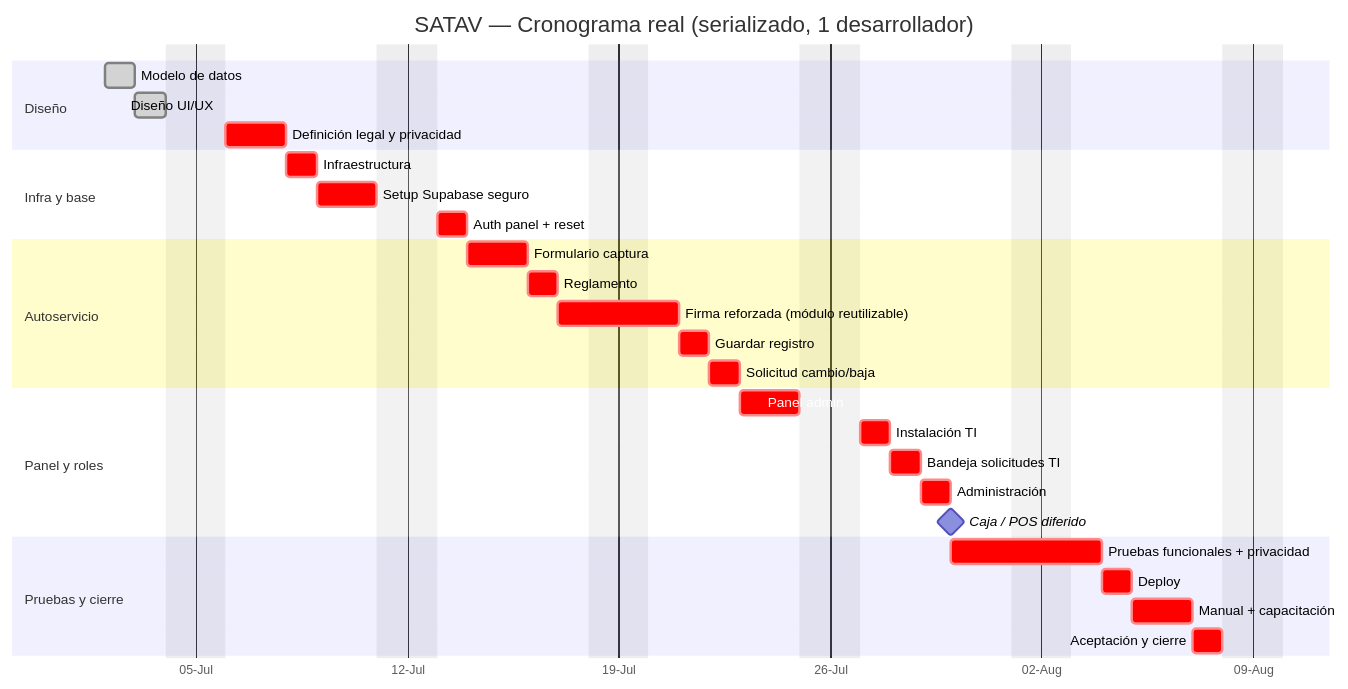
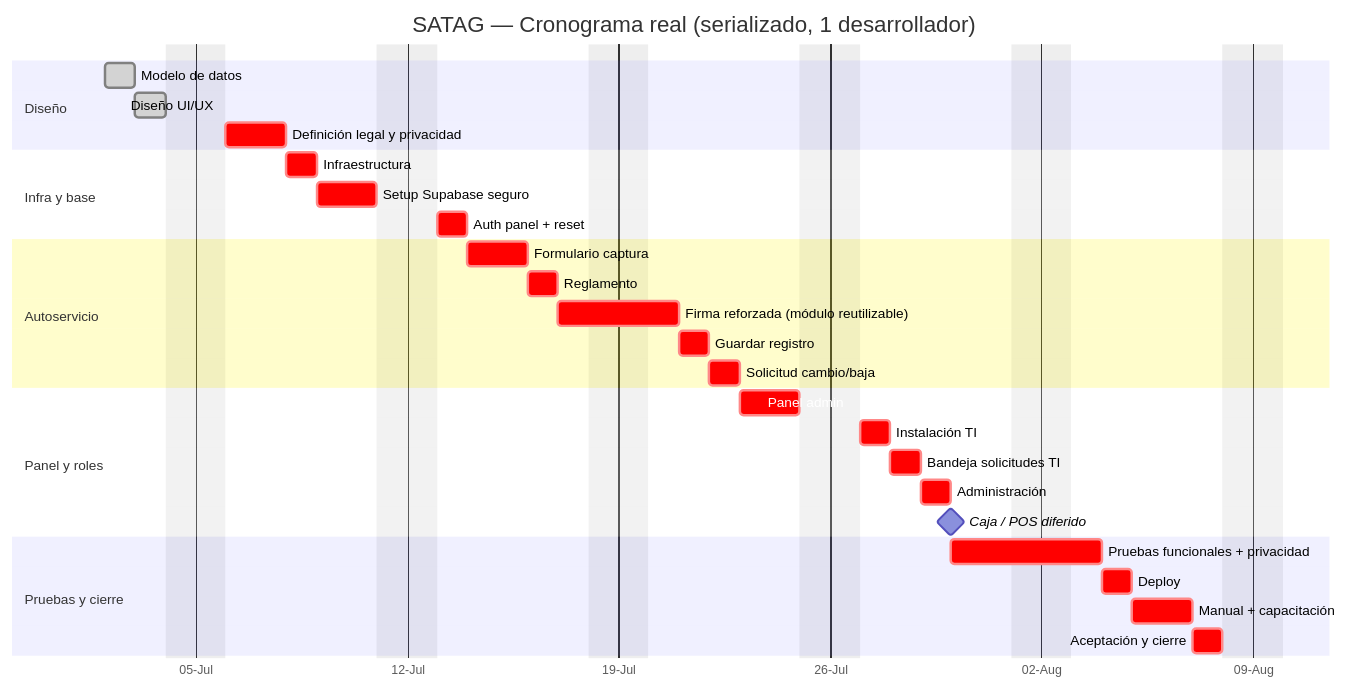
Before and after one commit to Proyectos-Web-IAQ/SATAG: the diagram in README.md, drawn with Mermaid. The commit also changed other lines of this file and 30 other files, not shown here.

Commit message:
Renombrar SATAV a SATAG

````diff
--- a/README.md
+++ b/README.md
@@ -45,37 +45,37 @@
 ```mermaid
 gantt
-  title SATAV — Cronograma real (serializado, 1 desarrollador)
+  title SATAG — Cronograma real (serializado, 1 desarrollador)
   dateFormat YYYY-MM-DD
   axisFormat %d-%b
   excludes weekends
 
   section Diseño
     Modelo de datos        :done, a1, 2026-07-02, 1d
     Diseño UI/UX           :done, a2, after a1, 1d
     Definición legal y privacidad :crit, a3, after a2, 1.5d
 
   section Infra y base
     Infraestructura        :crit, a4, after a3, 1d
     Setup Supabase seguro  :crit, a5, after a4, 1.5d
     Auth panel + reset     :crit, a6, after a5, 0.5d
 
   section Autoservicio
     Formulario captura     :crit, a7, after a6, 1.5d
     Reglamento             :crit, a8, after a7, 0.5d
     Firma reforzada (módulo reutilizable) :crit, a9, after a8, 2d
     Guardar registro       :crit, a10, after a9, 1d
     Solicitud cambio/baja  :crit, a10b, after a10, 0.5d
 
   section Panel y roles
     Panel admin            :crit, a11, after a10b, 1.5d
     Instalación TI         :crit, a12, after a11, 1d
     Bandeja solicitudes TI :crit, a12b, after a12, 0.5d
     Administración         :crit, a13, after a12b, 1d
     Caja / POS diferido    :milestone, a13b, after a13, 0d
 
   section Pruebas y cierre
     Pruebas funcionales + privacidad :crit, a14, after a13b, 3d
     Deploy                 :crit, a15, after a14, 0.5d
     Manual + capacitación  :crit, a16, after a15, 1.5d
     Aceptación y cierre    :crit, a17, after a16, 0.5d
 ```
````
